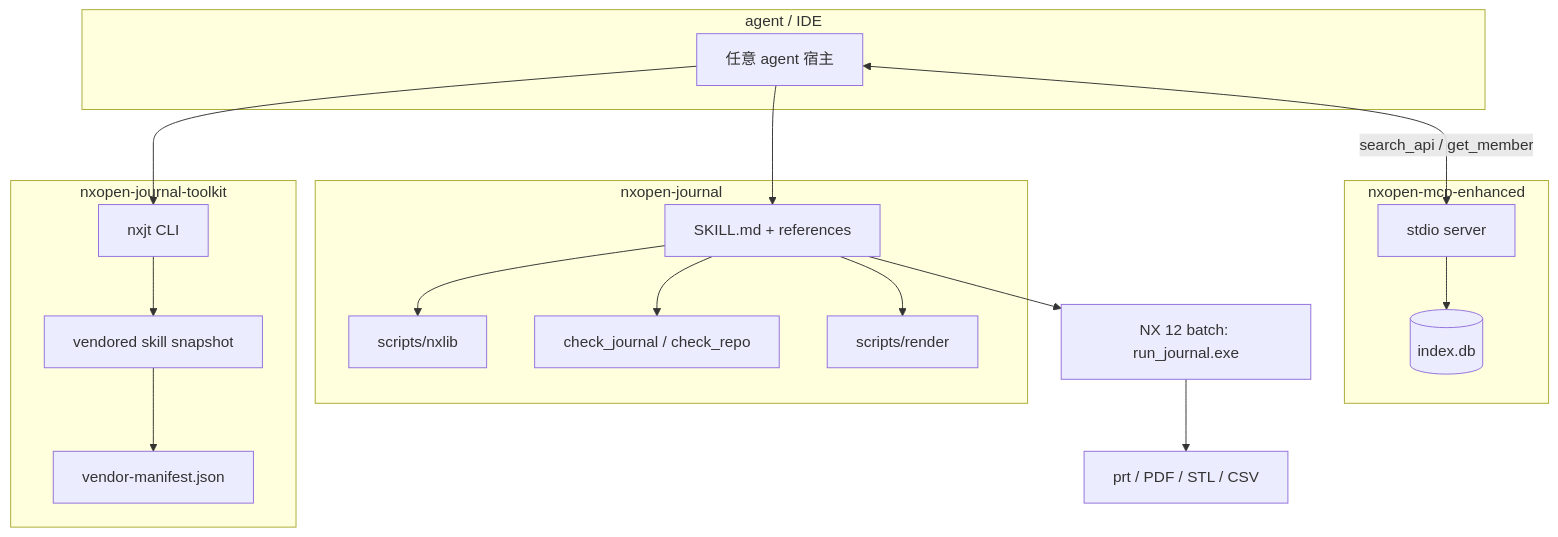
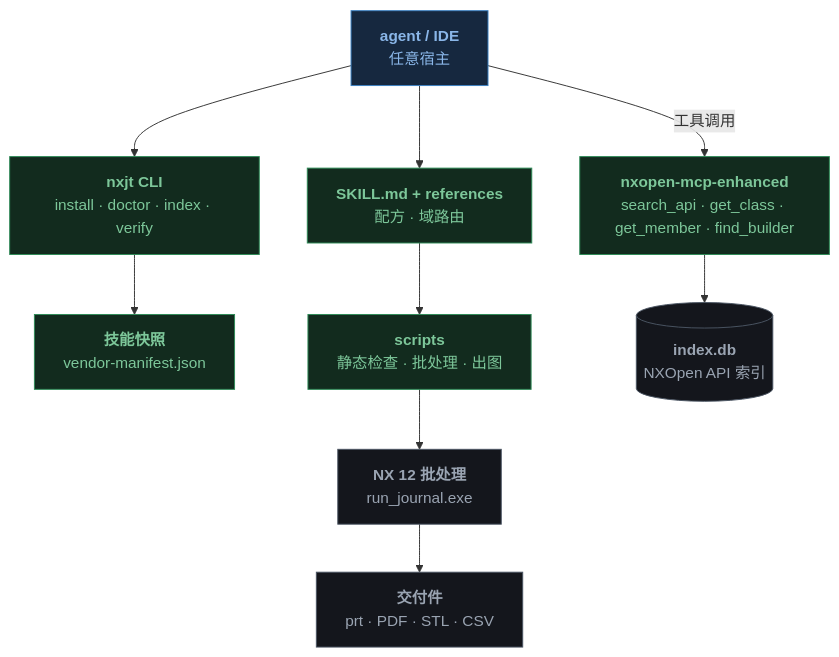
One commit to EVOL233awa/nxopen-journal-toolkit changed the diagram in README.md. Above: the diagram before and after it, drawn with Mermaid. The commit also changed other lines of this file and 2 other files, not shown here.

````diff
--- a/README.md
+++ b/README.md
@@ -349,34 +95,25 @@
 ```mermaid
 flowchart TB
-    subgraph Client["agent / IDE"]
-        AG[任意 agent 宿主]
-    end
-    subgraph Toolkit["nxopen-journal-toolkit"]
-        CLI[nxjt CLI]
-        SNAP[vendored skill snapshot]
-        MAN[vendor-manifest.json]
-    end
-    subgraph Skill["nxopen-journal"]
-        SK[SKILL.md + references]
-        NXlib[scripts/nxlib]
-        CHK[check_journal / check_repo]
-        REN[scripts/render]
-    end
-    subgraph MCP["nxopen-mcp-enhanced"]
-        SRV[stdio server]
-        IDX[(index.db)]
-    end
-    NX[NX 12 batch: run_journal.exe]
+    AG["<b>agent / IDE</b><br/>任意宿主"]:::client
+    CLI["<b>nxjt CLI</b><br/>install · doctor · index · verify"]:::service
+    SNAP["<b>技能快照</b><br/>vendor-manifest.json"]:::service
+    DOC["<b>SKILL.md + references</b><br/>配方 · 域路由"]:::service
+    SCR["<b>scripts</b><br/>静态检查 · 批处理 · 出图"]:::service
+    MCP["<b>nxopen-mcp-enhanced</b><br/>search_api · get_class · get_member · find_builder"]:::service
+    DB[("<b>index.db</b><br/>NXOpen API 索引")]:::external
+    NX["<b>NX 12 批处理</b><br/>run_journal.exe"]:::external
+    OUT["<b>交付件</b><br/>prt · PDF · STL · CSV"]:::external
 
     AG --> CLI
     CLI --> SNAP
-    SNAP --> MAN
-    AG --> SK
-    SK --> NXlib
-    SK --> CHK
-    SK --> REN
-    AG <-->|search_api / get_member| SRV
-    SRV --> IDX
-    SK --> NX
-    NX --> OUT[prt / PDF / STL / CSV]
+    AG --> DOC
+    DOC --> SCR
+    SCR --> NX
+    AG -->|工具调用| MCP
+    MCP --> DB
+    NX --> OUT
+
+    classDef client fill:#16283f,stroke:#3b82c4,color:#8ab6e8
+    classDef service fill:#122b1e,stroke:#2e8b57,color:#7dc79a
+    classDef external fill:#14161c,stroke:#4b5563,color:#9aa4b2
 ```
````
